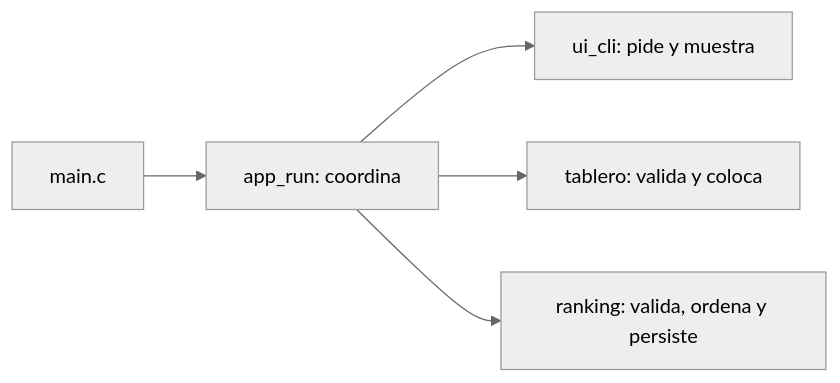
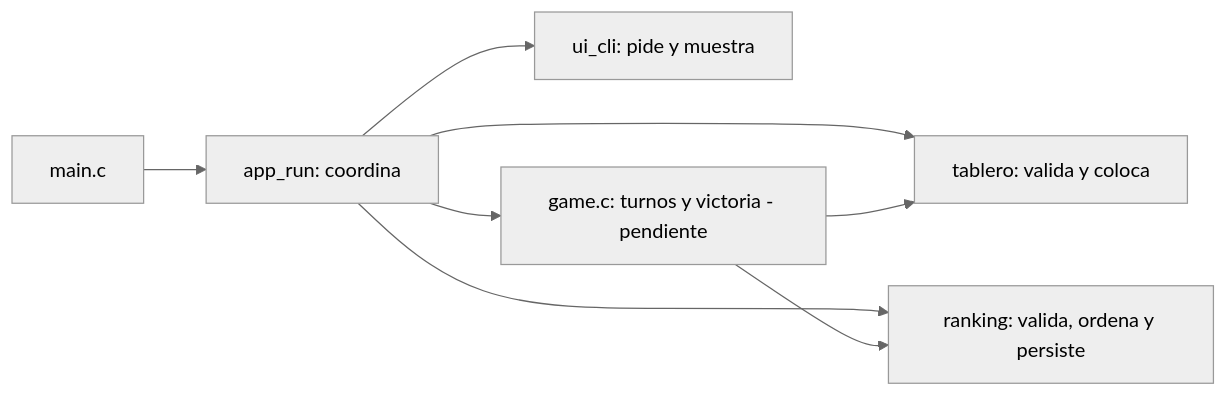
Before and after one commit to vrodpi/batalla_naval: the diagram in README_gian.md, drawn with Mermaid (neutral theme). The commit also changed other lines of this file and 9 other files, not shown here.

````diff
--- a/README_gian.md
+++ b/README_gian.md
@@ -154,7 +245,10 @@
 ```mermaid
 flowchart LR
   M[main.c] --> A[app_run: coordina]
   A --> U[ui_cli: pide y muestra]
   A --> T[tablero: valida y coloca]
   A --> R[ranking: valida, ordena y persiste]
+  A --> G[game.c: turnos y victoria - pendiente]
+  G --> T
+  G --> R
 ```
````
